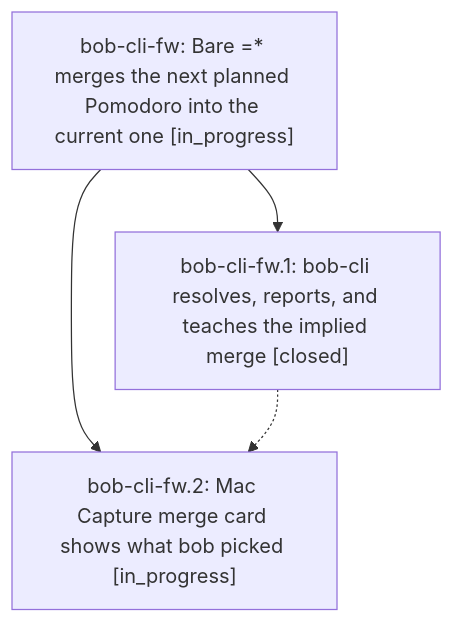
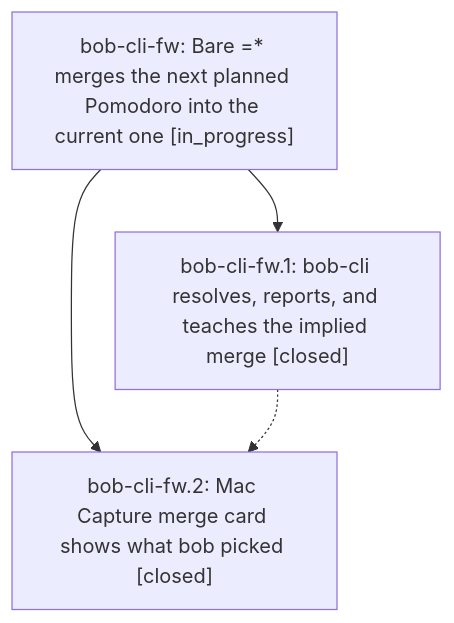
The diagram in pages/bob-cli-fw/README.md (bobs-org/bob-cli--beads), drawn with Mermaid before and after one commit. The commit also changed other lines of this file and 2 other files, not shown here.

First line of the commit message:
chore(beads): sync bead state and pages for bob-cli-fw

````diff
--- a/pages/bob-cli-fw/README.md
+++ b/pages/bob-cli-fw/README.md
@@ -35,9 +35,9 @@
 ```mermaid
 flowchart TD
     n0["bob-cli-fw: Bare =* merges the next planned Pomodoro into the current one [in_progress]"]
     n1["bob-cli-fw.1: bob-cli resolves, reports, and teaches the implied merge [closed]"]
-    n2["bob-cli-fw.2: Mac Capture merge card shows what bob picked [in_progress]"]
+    n2["bob-cli-fw.2: Mac Capture merge card shows what bob picked [closed]"]
     n0 --> n1
     n0 --> n2
     n1 -.-> n2
 ```
````
